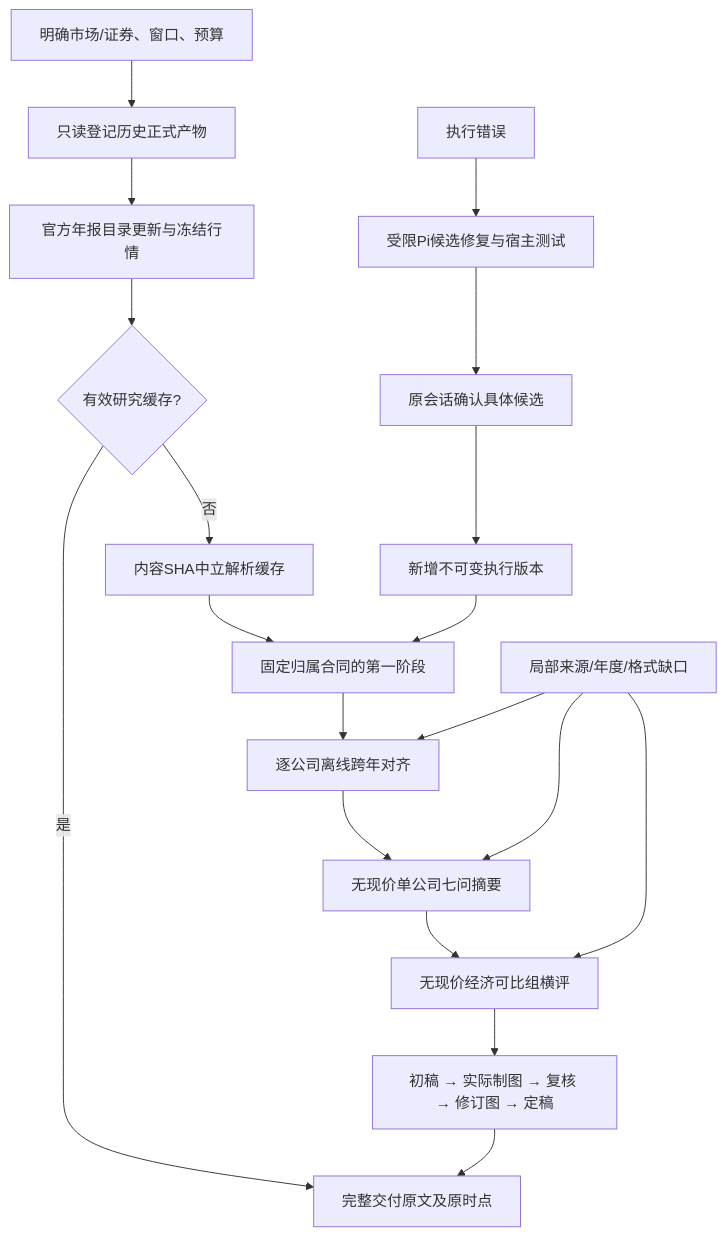
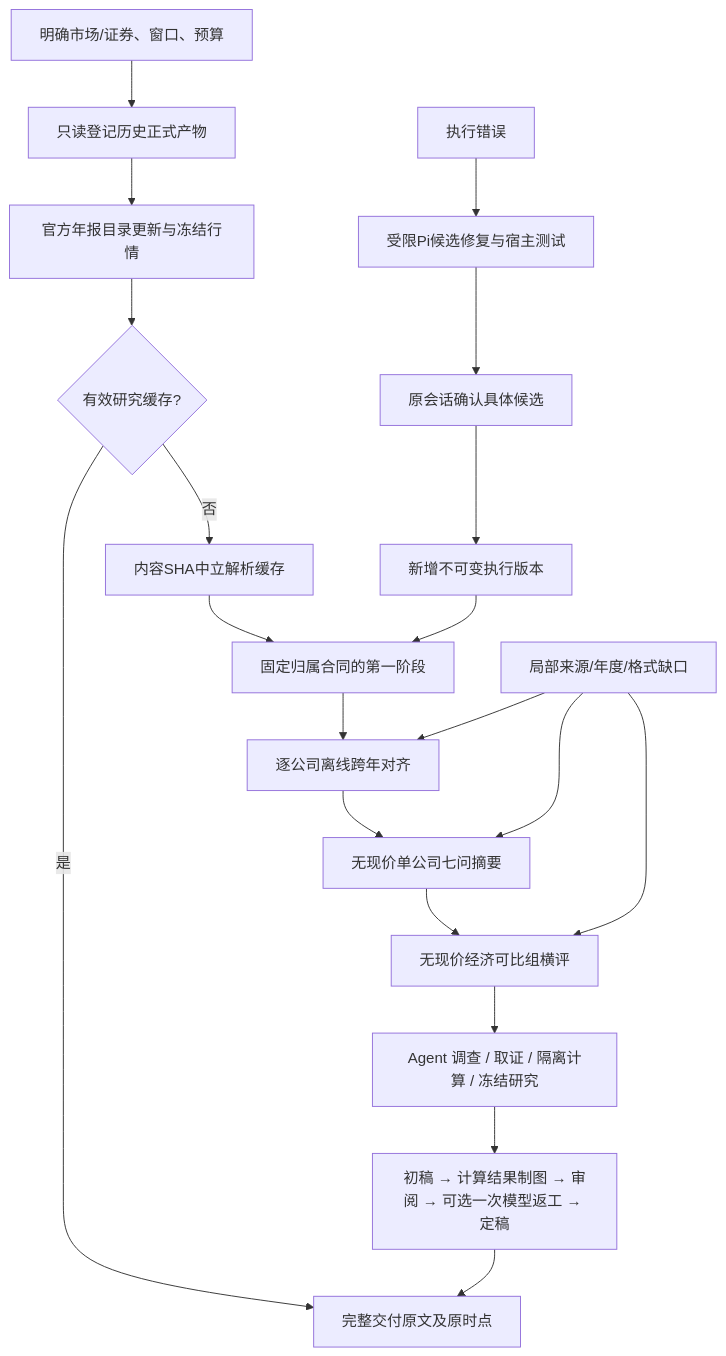
Before and after one commit to Saltflow/trade_eyes_keeper: the diagram in docs/design/research_pipeline_orchestration.md, drawn with Mermaid. The commit also changed 21 other files, not shown here.

````diff
--- a/docs/design/research_pipeline_orchestration.md
+++ b/docs/design/research_pipeline_orchestration.md
@@ -11,21 +11,22 @@
 ```mermaid
 flowchart TD
     A[明确市场/证券、窗口、预算] --> B[只读登记历史正式产物]
     B --> C[官方年报目录更新与冻结行情]
     C --> D{有效研究缓存?}
     D -->|是| Z[完整交付原文及原时点]
     D -->|否| E[内容SHA中立解析缓存]
     E --> F[固定归属合同的第一阶段]
     F --> G[逐公司离线跨年对齐]
     G --> H[无现价单公司七问摘要]
     H --> I[无现价经济可比组横评]
-    I --> J[初稿 → 实际制图 → 复核 → 修订图 → 定稿]
+    I --> M[Agent 调查 / 取证 / 隔离计算 / 冻结研究]
+    M --> J[初稿 → 计算结果制图 → 审阅 → 可选一次模型返工 → 定稿]
     J --> Z
     X[局部来源/年度/格式缺口] --> G
     X --> H
     X --> I
     Y[执行错误] --> R[受限Pi候选修复与宿主测试]
     R --> P[原会话确认具体候选]
     P --> Q[新增不可变执行版本]
     Q --> F
 ```
````
